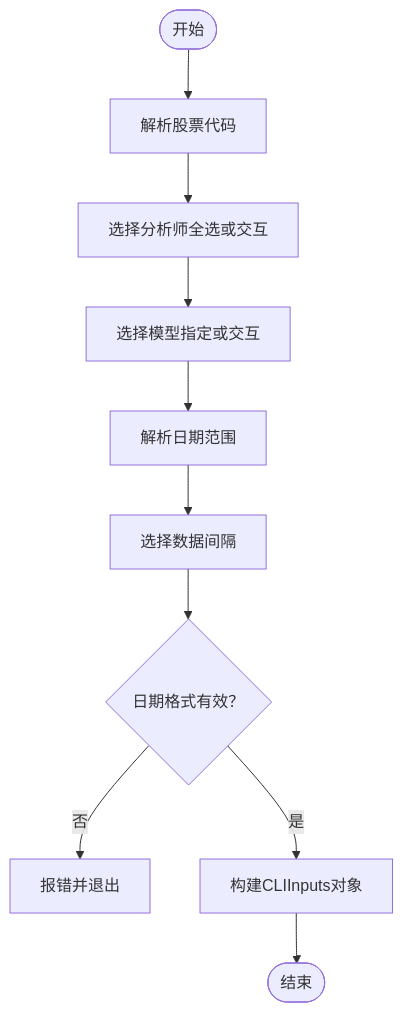
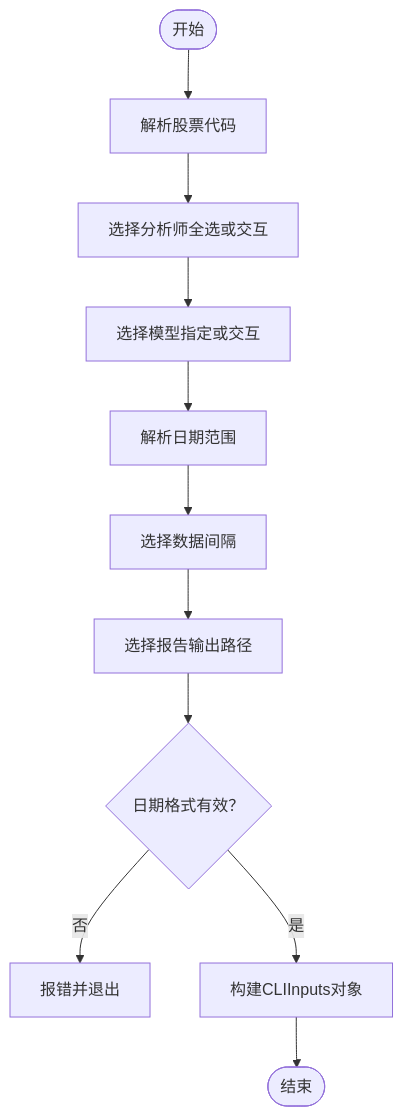
Before and after one commit to lichen14-hash/ai-hedge-fund: the third of 6 diagrams in .qoder/repowiki/zh/content/命令行界面.md, drawn with Mermaid. The commit also changed other lines of this file and 24 other files, not shown here.

````diff
--- a/.qoder/repowiki/zh/content/命令行界面.md
+++ b/.qoder/repowiki/zh/content/命令行界面.md
@@ -167,12 +176,13 @@
 ```mermaid
 flowchart TD
 Start(["开始"]) --> ParseTickers["解析股票代码"]
 ParseTickers --> SelectAnalysts["选择分析师全选或交互"]
 SelectAnalysts --> SelectModel["选择模型指定或交互"]
 SelectModel --> ResolveDates["解析日期范围"]
 ResolveDates --> SelectInterval["选择数据间隔"]
-SelectInterval --> ValidateDates{"日期格式有效？"}
+SelectInterval --> SelectReport["选择报告输出路径"]
+SelectReport --> ValidateDates{"日期格式有效？"}
 ValidateDates --> |否| Error["报错并退出"]
 ValidateDates --> |是| BuildInputs["构建CLIInputs对象"]
 BuildInputs --> End(["结束"])
 ```
````
